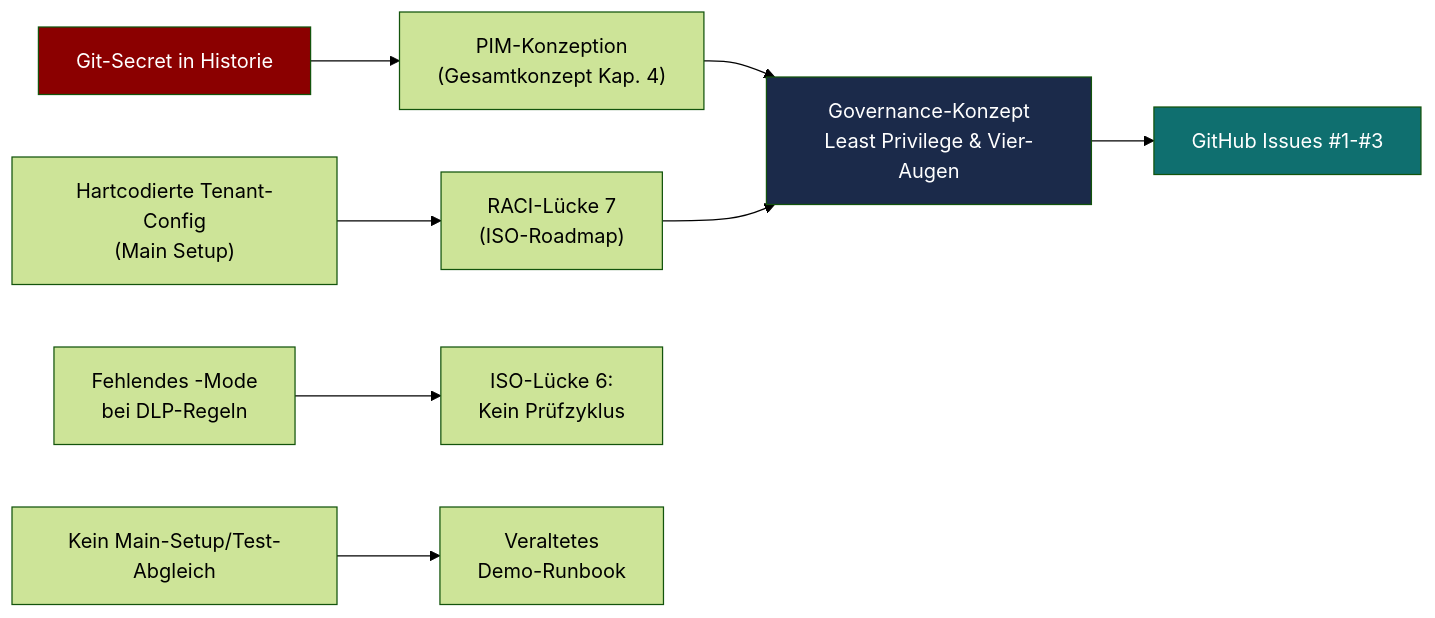
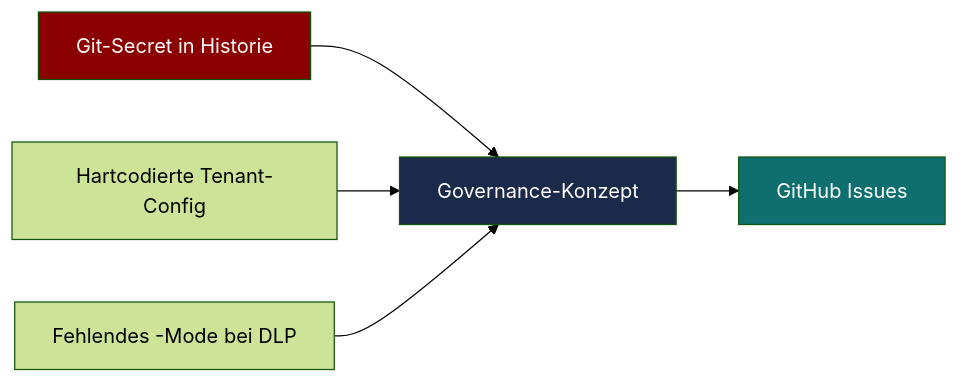
One commit to WeissiEfficiency/Purview changed the eighth of 10 diagrams in Roadmap/Visualisierungen.md. Above: the diagram before and after it, drawn with Mermaid (forest theme). The commit also changed other lines of this file, not shown here.

Commit message:
Roadmap: Visualisierungen ueberarbeitet - technische Fehler behoben, RACI als Tabelle, klarere Layouts

````diff
--- a/Roadmap/Visualisierungen.md
+++ b/Roadmap/Visualisierungen.md
@@ -151,15 +150,11 @@
 ```mermaid
 flowchart LR
-    Secret["Git-Secret in Historie"] --> PIM["PIM-Konzeption<br/>(Gesamtkonzept Kap. 4)"]
-    Hardcode["Hartcodierte Tenant-Config<br/>(Main Setup)"] --> RACI["RACI-Lücke 7<br/>(ISO-Roadmap)"]
-    Mode["Fehlendes -Mode<br/>bei DLP-Regeln"] --> Prüfzyklus["ISO-Lücke 6:<br/>Kein Prüfzyklus"]
-    Drift["Kein Main-Setup/Test-Abgleich"] --> Runbook["Veraltetes<br/>Demo-Runbook"]
-
-    PIM --> Governance["Governance-Konzept<br/>Least Privilege & Vier-Augen"]
-    RACI --> Governance
-    Governance --> Issues["GitHub Issues #1-#3"]
+    Secret["Git-Secret in Historie"] --> Gov["Governance-Konzept"]
+    Hardcode["Hartcodierte Tenant-Config"] --> Gov
+    Mode["Fehlendes -Mode bei DLP"] --> Gov
+    Gov --> Issues["GitHub Issues"]
 
     style Secret fill:#8b0000,color:#fff
-    style Governance fill:#1b2a4a,color:#fff
+    style Gov fill:#1b2a4a,color:#fff
     style Issues fill:#0f6f6f,color:#fff
 ```
````
